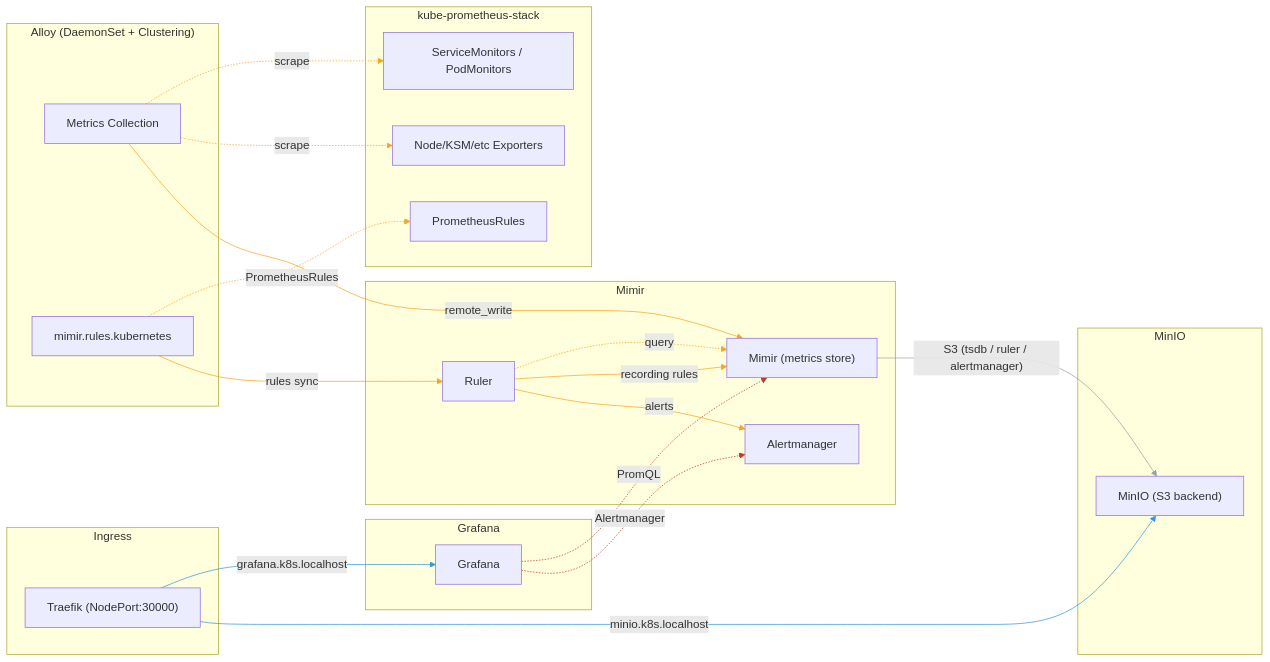
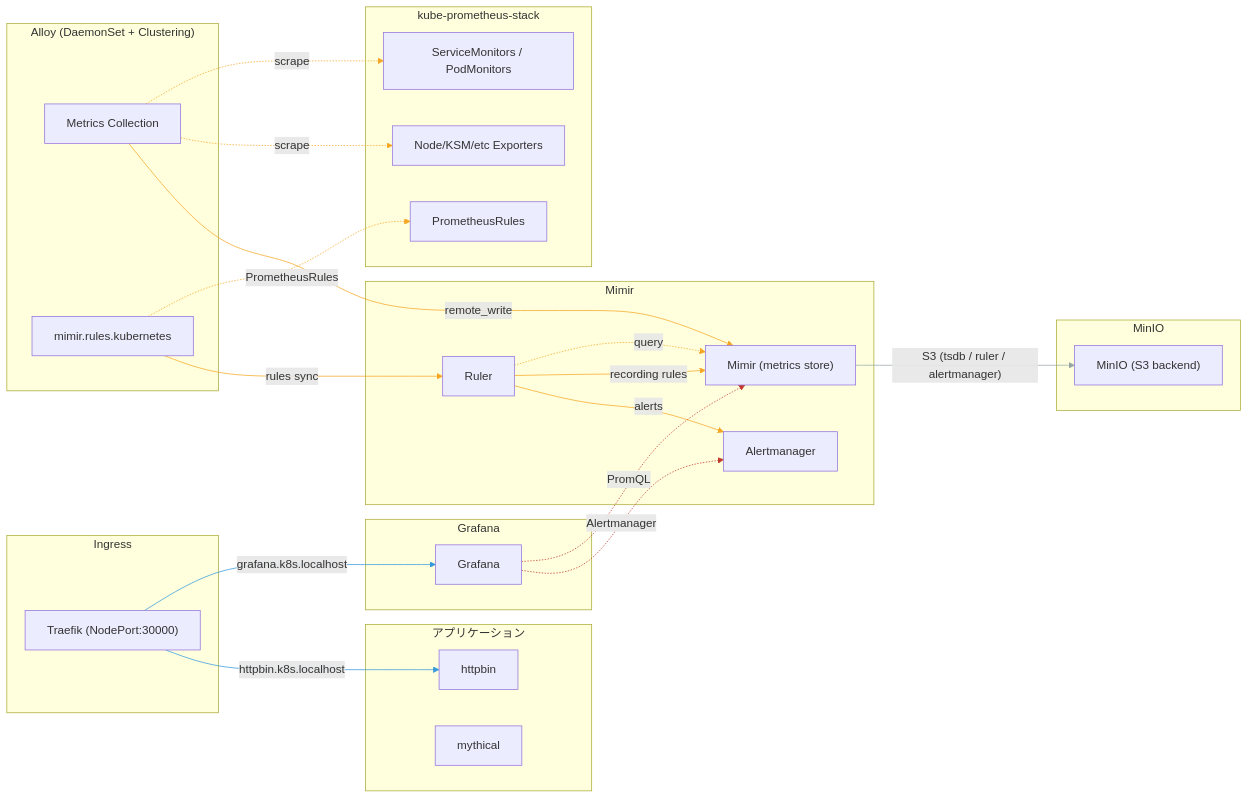
Before and after one commit to buzztaiki/sandbox: the first of 3 diagrams in k8s/alloy-kube-prom-stack/README.md, drawn with Mermaid. The commit also changed other lines of this file, not shown here.

Commit message:
update ingress edges: remove alloy/minio, add httpbin

````diff
--- a/k8s/alloy-kube-prom-stack/README.md
+++ b/k8s/alloy-kube-prom-stack/README.md
@@ -34,55 +34,60 @@
 ```mermaid
 graph LR
+    subgraph apps["アプリケーション"]
+        httpbin["httpbin"]
+        mythical["mythical"]
+    end
+
     subgraph kps["kube-prometheus-stack"]
         kube_monitors["ServiceMonitors / PodMonitors"]
         kube_rules["PrometheusRules"]
         exporters["Node/KSM/etc Exporters"]
     end
 
     subgraph alloy_ns["Alloy (DaemonSet + Clustering)"]
         alloy_metrics["Metrics Collection"]
         alloy_rules["mimir.rules.kubernetes"]
     end
 
     subgraph mimir_ns["Mimir"]
         mimir["Mimir (metrics store)"]
         mimir_am["Alertmanager"]
         mimir_ruler["Ruler"]
     end
 
     subgraph minio_ns["MinIO"]
         minio["MinIO (S3 backend)"]
     end
 
     subgraph grafana_ns["Grafana"]
         grafana["Grafana"]
     end
 
     subgraph ingress["Ingress"]
         traefik["Traefik (NodePort:30000)"]
     end
 
     alloy_metrics m1@-.->|"scrape"| kube_monitors
     alloy_metrics m2@-.->|"scrape"| exporters
     alloy_rules m3@-.->|"PrometheusRules"| kube_rules
     alloy_metrics m4@-->|"remote_write"| mimir
     alloy_rules m5@-->|"rules sync"| mimir_ruler
     mimir_ruler x1@-.->|"query"| mimir
     mimir_ruler x2@-->|"recording rules"| mimir
     mimir_ruler x3@-->|"alerts"| mimir_am
     mimir s1@-->|"S3 (tsdb / ruler / alertmanager)"| minio
     grafana r1@-.->|"PromQL"| mimir
     grafana r2@-.->|"Alertmanager"| mimir_am
     traefik i1@-->|"grafana.k8s.localhost"| grafana
-    traefik i2@-->|"minio.k8s.localhost"| minio
+    traefik i2@-->|"httpbin.k8s.localhost"| httpbin
 
     classDef metrics stroke:#f5a623
     classDef storage stroke:#95a5a6
     classDef read stroke:#c0392b
     classDef ingress stroke:#3498db
 
     class m1,m2,m3,m4,m5,x1,x2,x3 metrics
     class s1 storage
     class r1,r2 read
     class i1,i2 ingress
 ```
````
